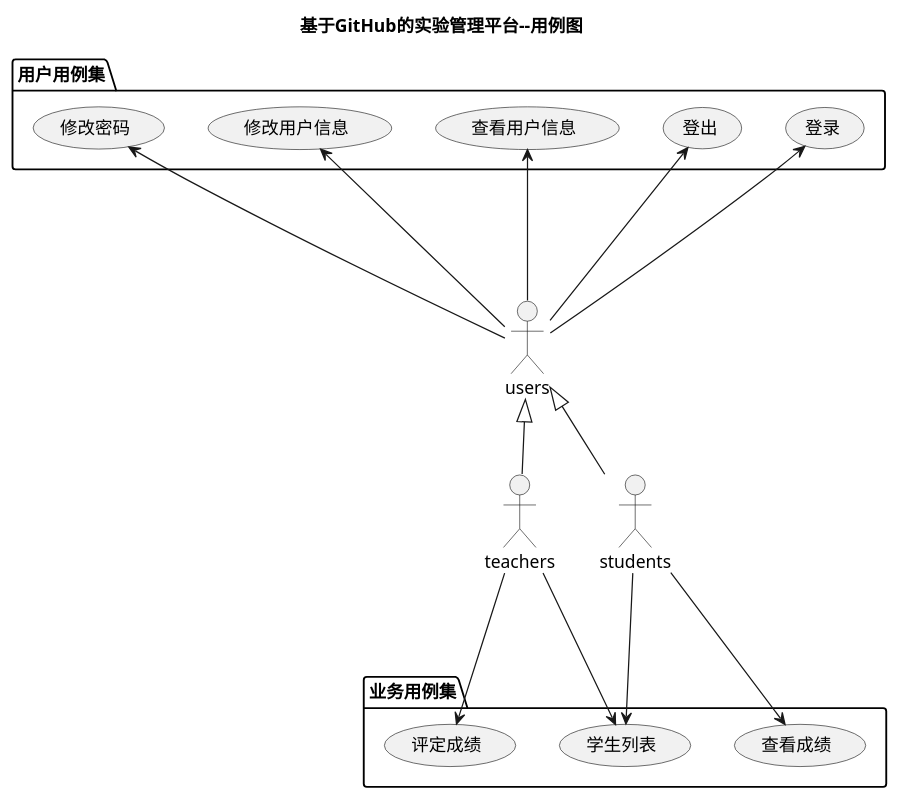
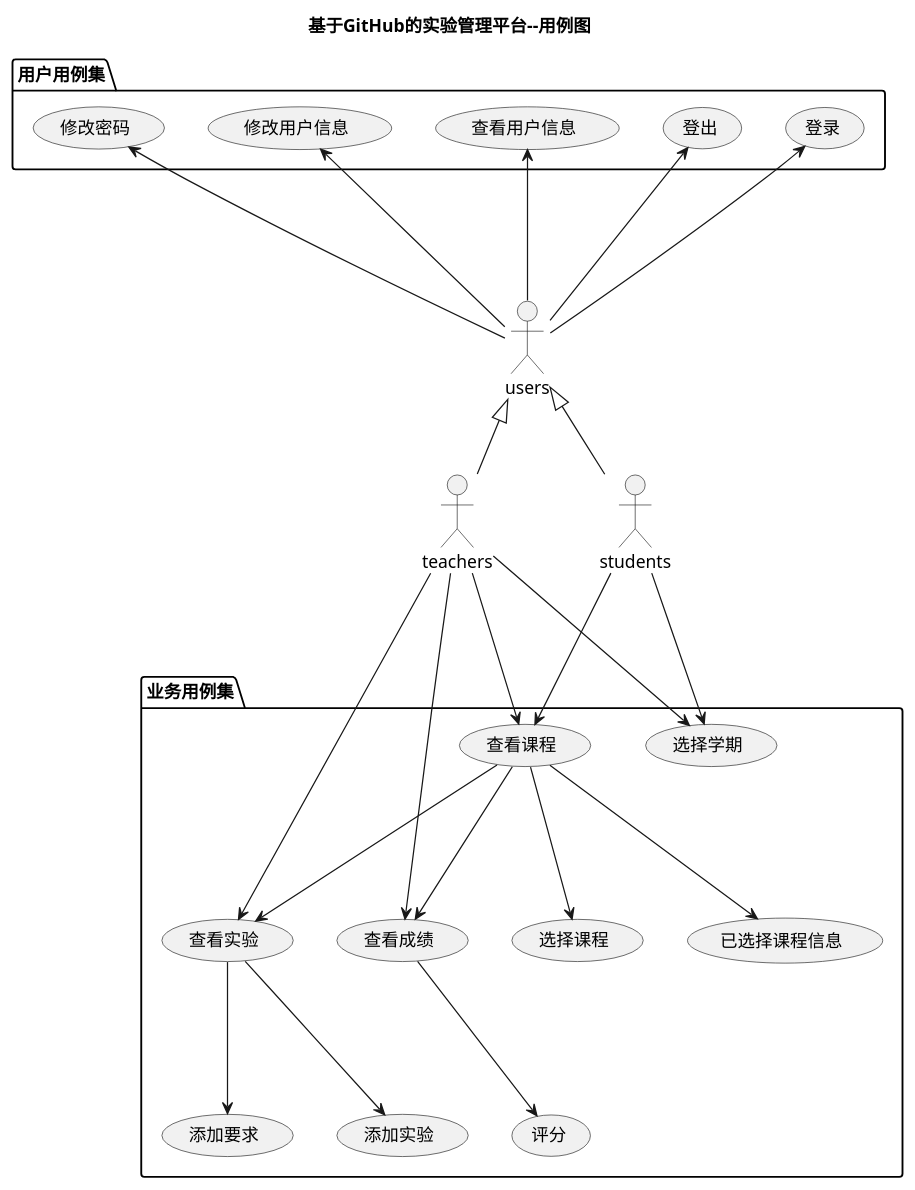
The diagram in test6/src/UseCase.puml (devil125860/is_analysis), drawn with PlantUML before and after one commit. The commit also changed 5 other files, not shown here.

```diff
--- a/test6/src/UseCase.puml
+++ b/test6/src/UseCase.puml
@@ -1,23 +1,32 @@
 @startuml
 title 基于GitHub的实验管理平台--用例图
 actor teachers
 actor students
 actor users
 users <|-- teachers
 users <|-- students
 
 package 用户用例集 {
 users --up-> (登录)
 users --up-> (登出)
 users --up-> (查看用户信息)
 users --up-> (修改用户信息)
 users --up-> (修改密码)
 }
 package 业务用例集 {
-teachers ---> (评定成绩)
-teachers ---> (学生列表)
-students ---> (学生列表)
-students ---> (查看成绩)
+teachers ---> (查看课程)
+teachers ---> (选择学期)
+teachers ---> (查看实验)
+查看实验 ---> (添加实验)
+查看实验 ---> (添加要求)
+teachers ---> (查看成绩)
+查看成绩 ---> (评分)
+students ---> (选择学期)
+students ---> (查看课程)
+查看课程 ---> (选择课程)
+查看课程 ---> (已选择课程信息)
+查看课程 ---> (查看实验)
+查看课程 ---> (查看成绩)
 }
 
 @enduml
```
